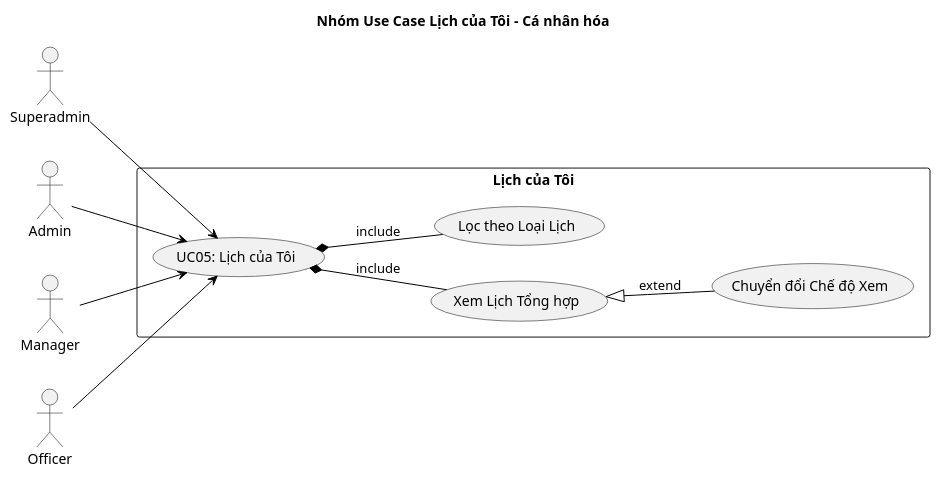
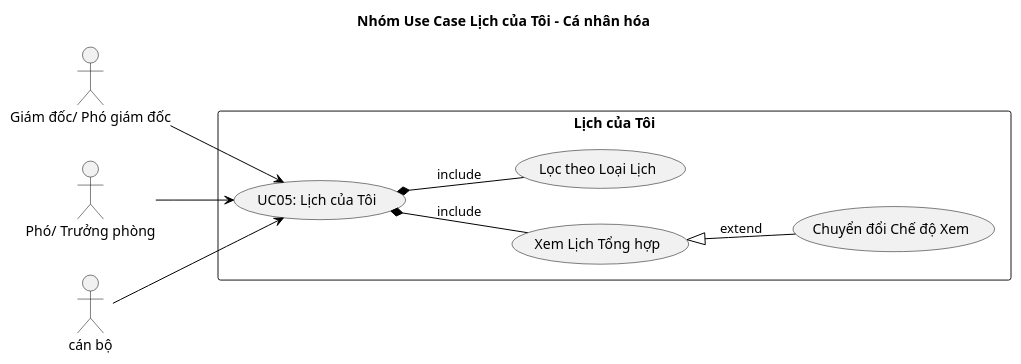
The sixth of 8 diagrams in report/usecase.puml (BQBao-Hedspi4K67/webxeplich), drawn with PlantUML before and after one commit. The commit also changed other lines of this file and 10 other files, not shown here.

```diff
--- a/report/usecase.puml
+++ b/report/usecase.puml
@@ -221,33 +237,36 @@
 @startuml usecase_myschedule
 title Nhóm Use Case Lịch của Tôi - Cá nhân hóa
 
 skinparam backgroundColor white
 skinparam usecaseBorderColor black
 skinparam actorBorderColor black
 skinparam ArrowColor black
 skinparam defaultTextAlignment center
 skinparam fontSize 11
 
 left to right direction
 
-actor "Superadmin" as superadmin
-actor "Admin" as admin
-actor "Manager" as manager
-actor "Officer" as officer
+
+actor "Giám đốc/ Phó giám đốc" as admin
+actor "Phó/ Trưởng phòng" as manager
+actor "cán bộ" as officer
+
 
 rectangle "Lịch của Tôi" {
     usecase "UC05: Lịch của Tôi" as UC05
     usecase "Xem Lịch Tổng hợp" as UC05_view
     usecase "Lọc theo Loại Lịch" as UC05_filter
     usecase "Chuyển đổi Chế độ Xem" as UC05_switch
 }
 
-superadmin --> UC05
+
+
 admin --> UC05
 manager --> UC05
 officer --> UC05
+
 
 UC05 *-- UC05_view : include
 UC05 *-- UC05_filter : include
 UC05_view <|-- UC05_switch : extend
 @enduml
```
